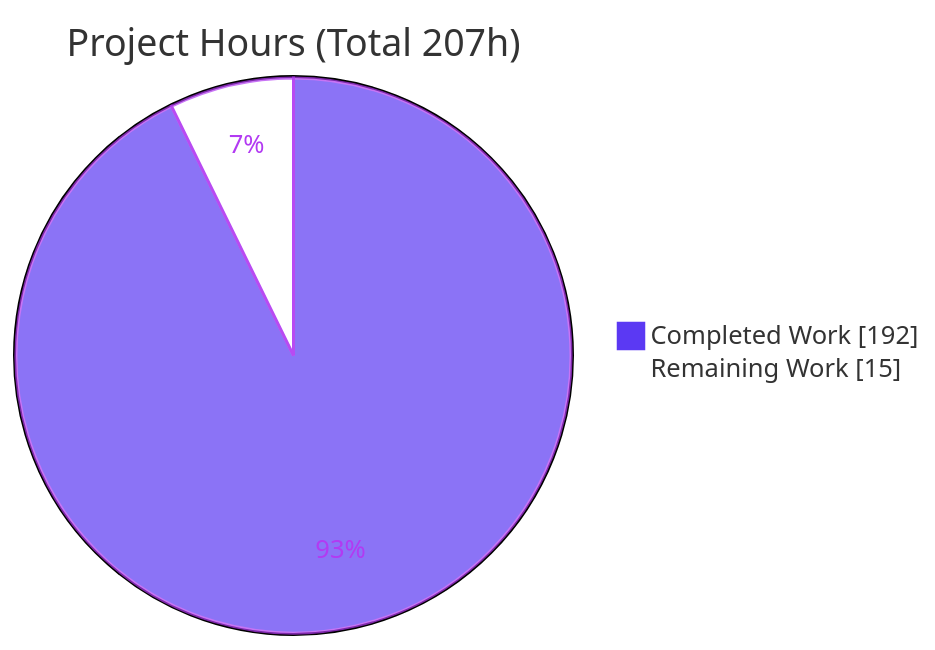
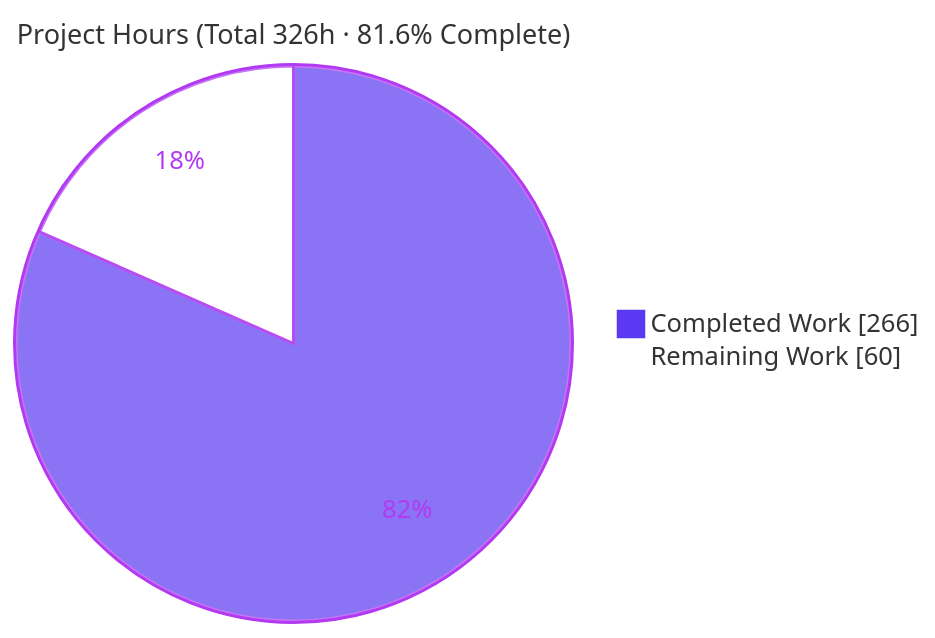
The second of 3 diagrams in blitzy/documentation/Project Guide.md (blitzy-public-samples/ecommerce-shop), drawn with Mermaid before and after one commit. The commit also changed other lines of this file, not shown here.

Commit message:
Adding Blitzy Project Guide: Project Status and Human Tasks Remaining

````diff
--- a/blitzy/documentation/Project Guide.md
+++ b/blitzy/documentation/Project Guide.md
@@ -198,6 +230,6 @@
 ```mermaid
-%%{init: {'theme':'base','themeVariables':{'pie1':'#5B39F3','pie2':'#FFFFFF','pieStrokeColor':'#B23AF2','pieStrokeWidth':'2px','pieOuterStrokeWidth':'2px','pieSectionTextColor':'#B23AF2'}}}%%
-pie showData title Project Hours (Total 207h)
-    "Completed Work" : 192
-    "Remaining Work" : 15
+%%{init: {'theme':'base', 'themeVariables': {'pie1':'#5B39F3','pie2':'#FFFFFF','pieStrokeColor':'#B23AF2','pieOuterStrokeColor':'#B23AF2','pieStrokeWidth':'2px','pieSectionTextColor':'#B23AF2','pieTitleTextSize':'18px'}}}%%
+pie showData title Project Hours (Total 326h · 81.6% Complete)
+    "Completed Work" : 266
+    "Remaining Work" : 60
 ```
````
